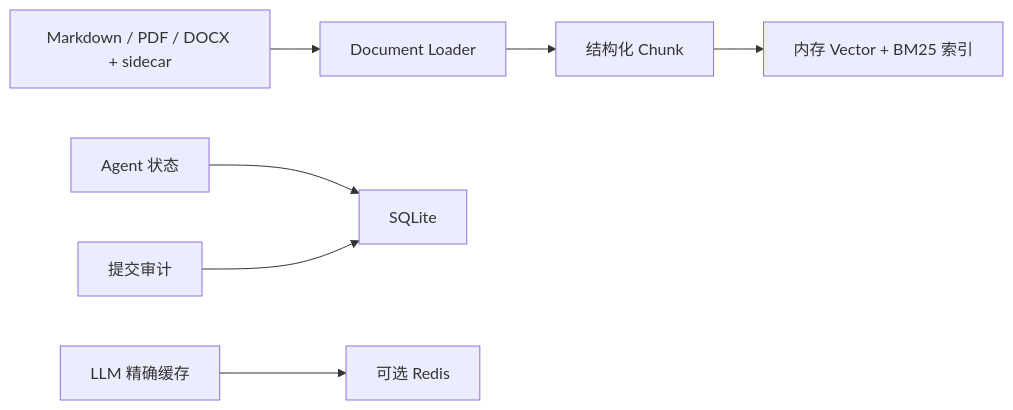
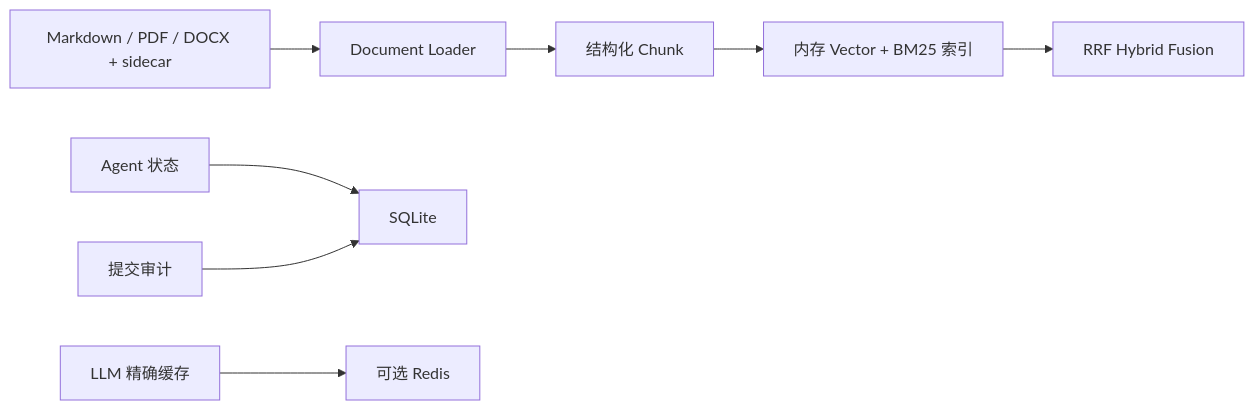
One commit to greyle12/enterprise-policy-agent changed the third of 3 diagrams in docs/system_architecture.md. Above: the diagram before and after it, drawn with Mermaid. The commit also changed other lines of this file and 29 other files, not shown here.

Commit message:
feat(rag): add hybrid search with RRF

````diff
--- a/docs/system_architecture.md
+++ b/docs/system_architecture.md
@@ -89,9 +89,10 @@
 ```mermaid
 flowchart LR
     Policies["Markdown / PDF / DOCX + sidecar"] --> Loader["Document Loader"]
     Loader --> Chunks["结构化 Chunk"]
     Chunks --> Index["内存 Vector + BM25 索引"]
+    Index --> Fusion["RRF Hybrid Fusion"]
     AgentState["Agent 状态"] --> SQLite["SQLite"]
     Audit["提交审计"] --> SQLite
     Cache["LLM 精确缓存"] --> Redis["可选 Redis"]
 ```
````
